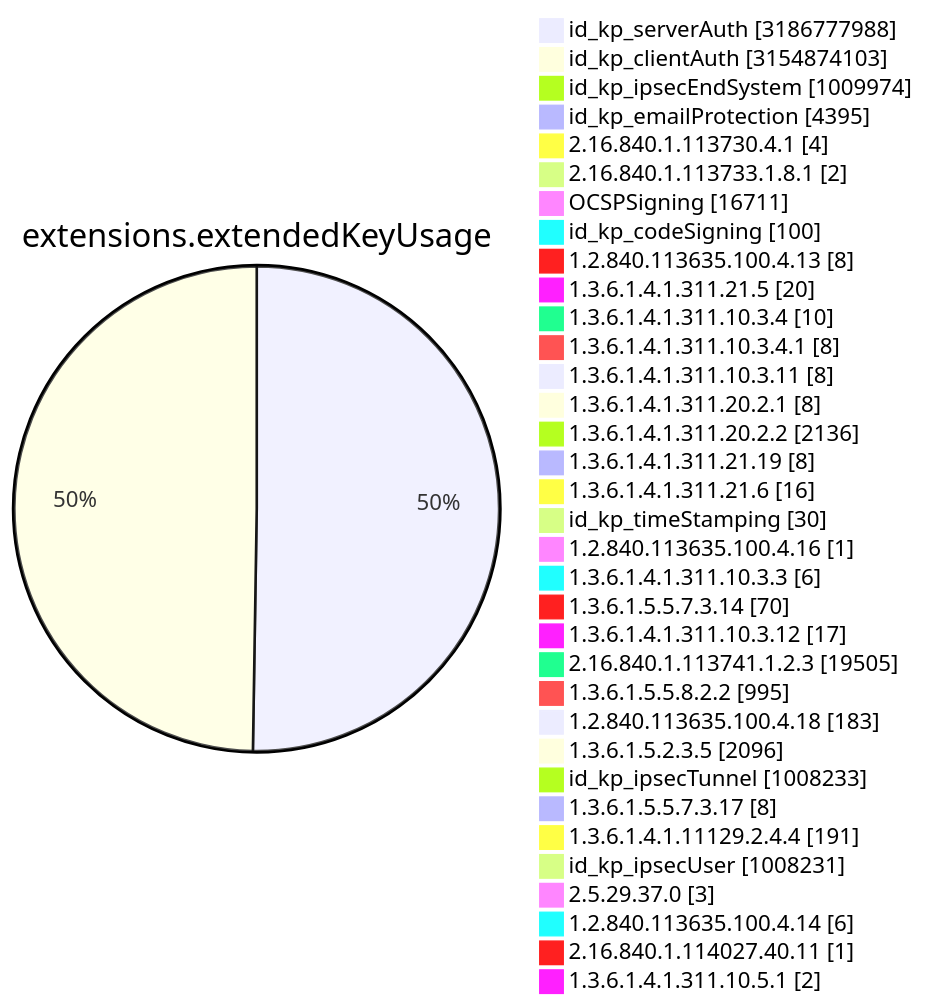
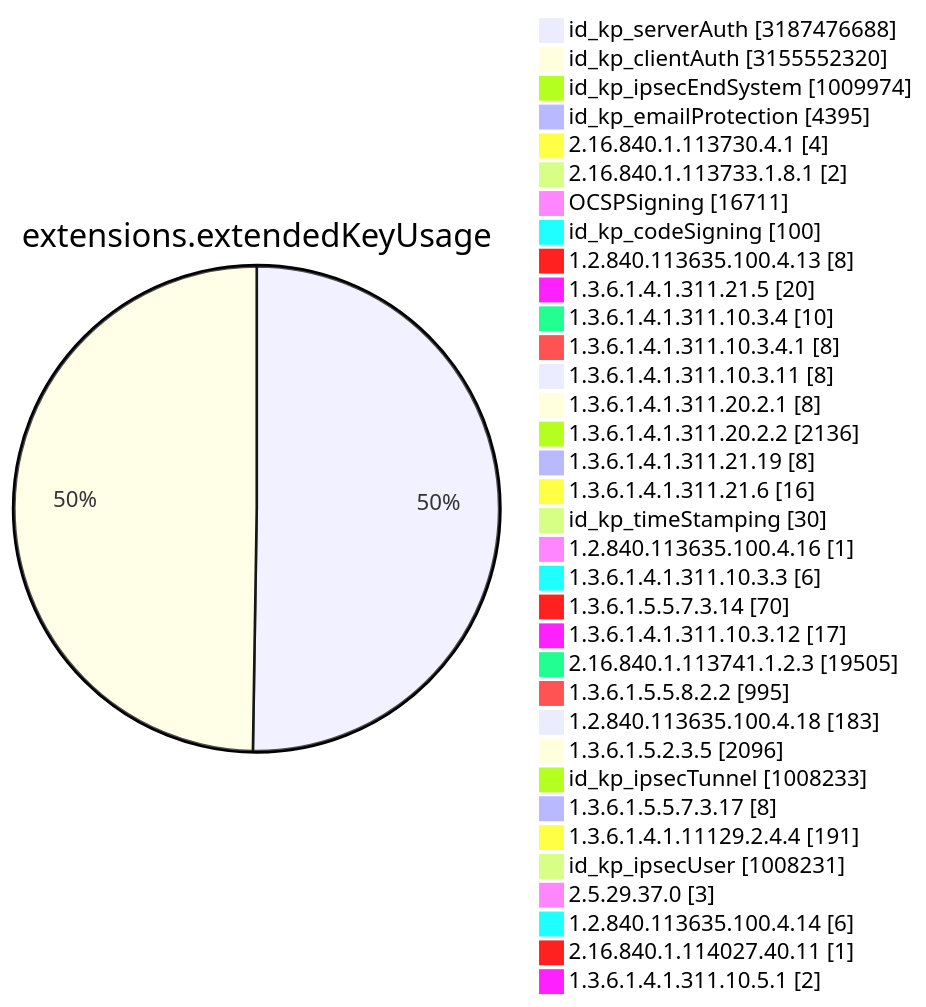
Diagram 11 of 15 in TOTAL/README.md (christiankrug/ctmonitor_visualization), drawn with Mermaid before and after one commit. The commit also changed other lines of this file, not shown here.

````diff
--- a/TOTAL/README.md
+++ b/TOTAL/README.md
@@ -4119,38 +4119,38 @@
 ```mermaid
 pie showData
 title extensions.extendedKeyUsage
-"id_kp_serverAuth" :3186777988
-"id_kp_clientAuth" :3154874103
+"id_kp_serverAuth" :3187476688
+"id_kp_clientAuth" :3155552320
 "id_kp_ipsecEndSystem" :1009974
 "id_kp_emailProtection" :4395
 "2.16.840.1.113730.4.1" :4
 "2.16.840.1.113733.1.8.1" :2
 "OCSPSigning" :16711
 "id_kp_codeSigning" :100
 "1.2.840.113635.100.4.13" :8
 "1.3.6.1.4.1.311.21.5" :20
 "1.3.6.1.4.1.311.10.3.4" :10
 "1.3.6.1.4.1.311.10.3.4.1" :8
 "1.3.6.1.4.1.311.10.3.11" :8
 "1.3.6.1.4.1.311.20.2.1" :8
 "1.3.6.1.4.1.311.20.2.2" :2136
 "1.3.6.1.4.1.311.21.19" :8
 "1.3.6.1.4.1.311.21.6" :16
 "id_kp_timeStamping" :30
 "1.2.840.113635.100.4.16" :1
 "1.3.6.1.4.1.311.10.3.3" :6
 "1.3.6.1.5.5.7.3.14" :70
 "1.3.6.1.4.1.311.10.3.12" :17
 "2.16.840.1.113741.1.2.3" :19505
 "1.3.6.1.5.5.8.2.2" :995
 "1.2.840.113635.100.4.18" :183
 "1.3.6.1.5.2.3.5" :2096
 "id_kp_ipsecTunnel" :1008233
 "1.3.6.1.5.5.7.3.17" :8
 "1.3.6.1.4.1.11129.2.4.4" :191
 "id_kp_ipsecUser" :1008231
 "2.5.29.37.0" :3
 "1.2.840.113635.100.4.14" :6
 "2.16.840.1.114027.40.11" :1
 "1.3.6.1.4.1.311.10.5.1" :2
 ```
````
